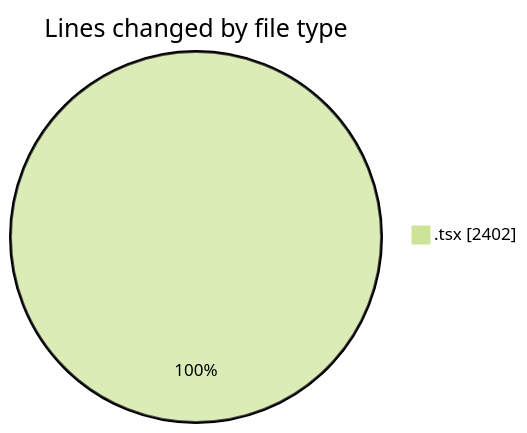
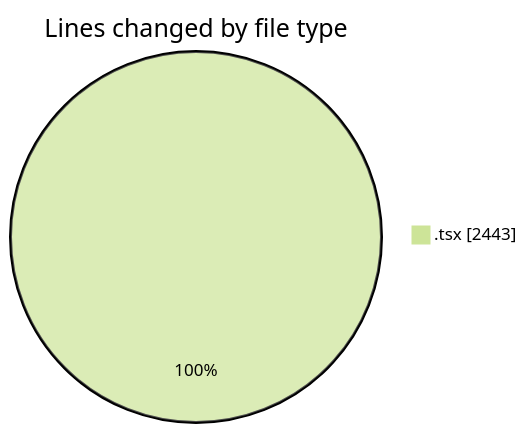
The first of 2 diagrams in 2025-11-17/cda/README.md (momahboobian/code-tracking), drawn with Mermaid (forest theme) before and after one commit. The commit also changed other lines of this file and 1 other file, not shown here.

````diff
--- a/2025-11-17/cda/README.md
+++ b/2025-11-17/cda/README.md
@@ -20,5 +20,5 @@
 ```mermaid
 pie showData
 title Lines changed by file type
-".tsx" : 2402
+".tsx" : 2443
 ```
````
